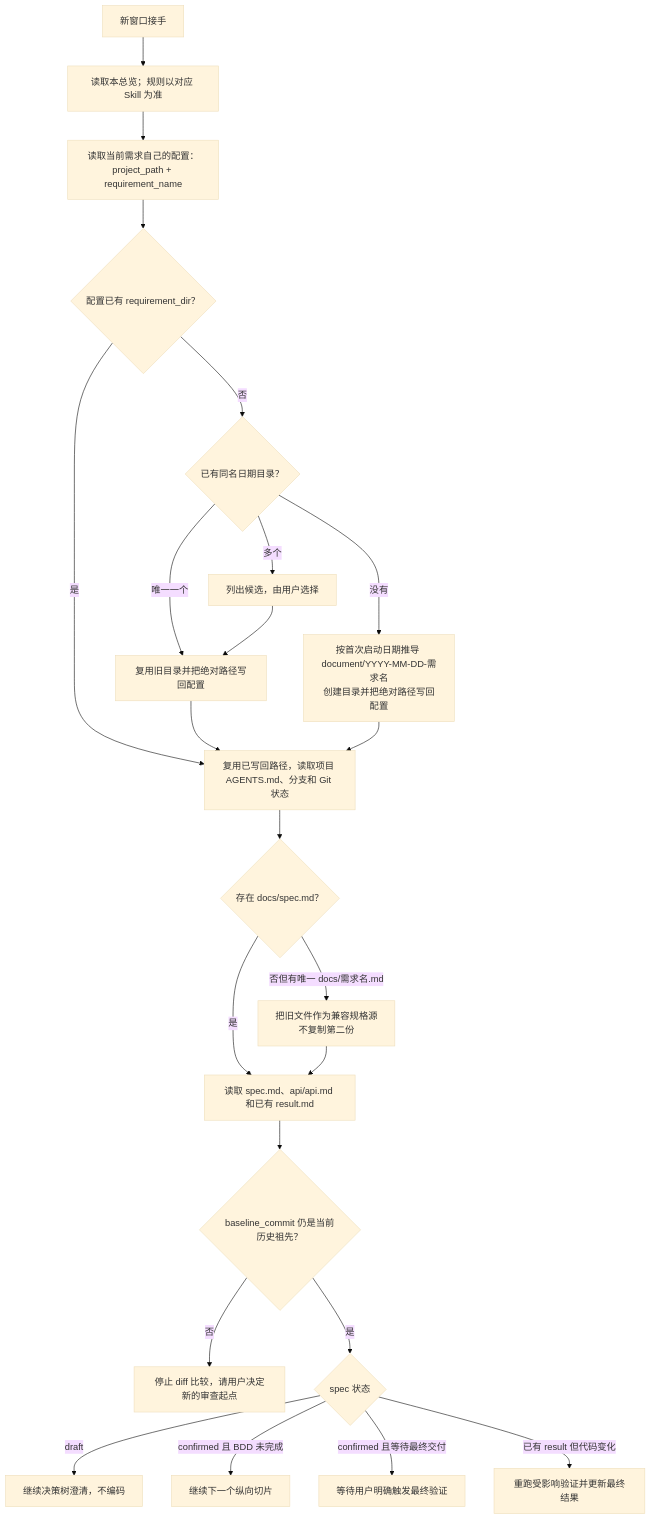
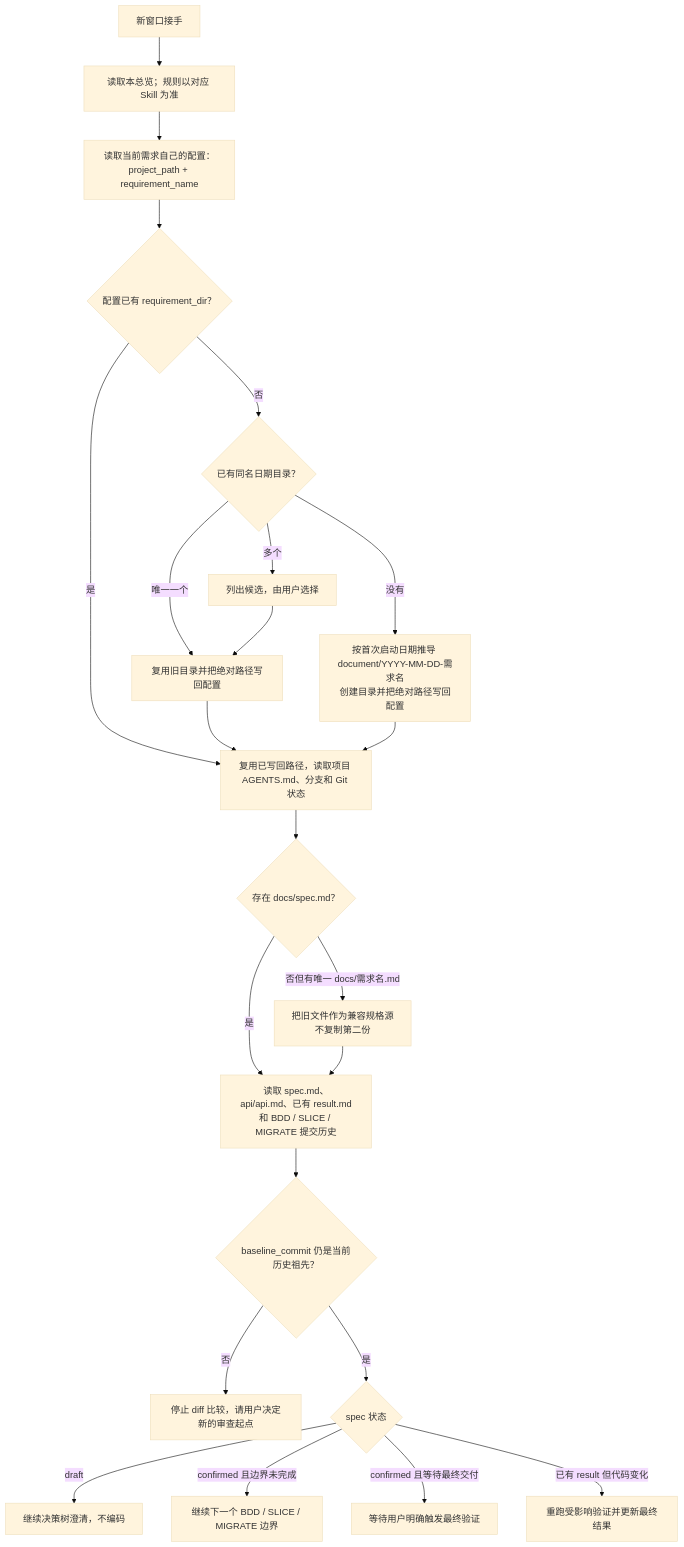
One commit to yejuntian/android-delivery-skills changed the tenth of 11 diagrams in docs/FLOW_DIAGRAMS.md. Above: the diagram before and after it, drawn with Mermaid (base theme). The commit also changed other lines of this file and 7 other files, not shown here.

````diff
--- a/docs/FLOW_DIAGRAMS.md
+++ b/docs/FLOW_DIAGRAMS.md
@@ -308,25 +314,25 @@
 ```mermaid
 flowchart TD
     NEW["新窗口接手"] --> GUIDE["读取本总览；规则以对应 Skill 为准"]
     GUIDE --> CONFIG["读取当前需求自己的配置：project_path + requirement_name"]
     CONFIG --> DIR{"配置已有 requirement_dir？"}
     DIR -- "否" --> EXISTING{"已有同名日期目录？"}
     EXISTING -- "唯一一个" --> REUSE["复用旧目录并把绝对路径写回配置"]
     EXISTING -- "多个" --> SELECT["列出候选，由用户选择"]
     SELECT --> REUSE
     EXISTING -- "没有" --> DERIVE["按首次启动日期推导 document/YYYY-MM-DD-需求名<br/>创建目录并把绝对路径写回配置"]
     DIR -- "是" --> PROJECT["复用已写回路径，读取项目 AGENTS.md、分支和 Git 状态"]
     REUSE --> PROJECT
     DERIVE --> PROJECT
     PROJECT --> SPECFILE{"存在 docs/spec.md？"}
-    SPECFILE -- "是" --> SPEC["读取 spec.md、api/api.md 和已有 result.md"]
+    SPECFILE -- "是" --> SPEC["读取 spec.md、api/api.md、已有 result.md<br/>和 BDD / SLICE / MIGRATE 提交历史"]
     SPECFILE -- "否但有唯一 docs/需求名.md" --> LEGACY["把旧文件作为兼容规格源<br/>不复制第二份"]
     LEGACY --> SPEC
     SPEC --> BASELINE{"baseline_commit 仍是当前历史祖先？"}
     BASELINE -- "否" --> ASK["停止 diff 比较，请用户决定新的审查起点"]
     BASELINE -- "是" --> STATUS{"spec 状态"}
     STATUS -- "draft" --> CLARIFY["继续决策树澄清，不编码"]
-    STATUS -- "confirmed 且 BDD 未完成" --> IMPLEMENT["继续下一个纵向切片"]
+    STATUS -- "confirmed 且边界未完成" --> IMPLEMENT["继续下一个 BDD / SLICE / MIGRATE 边界"]
     STATUS -- "confirmed 且等待最终交付" --> WAIT["等待用户明确触发最终验证"]
     STATUS -- "已有 result 但代码变化" --> REVERIFY["重跑受影响验证并更新最终结果"]
 ```
````
